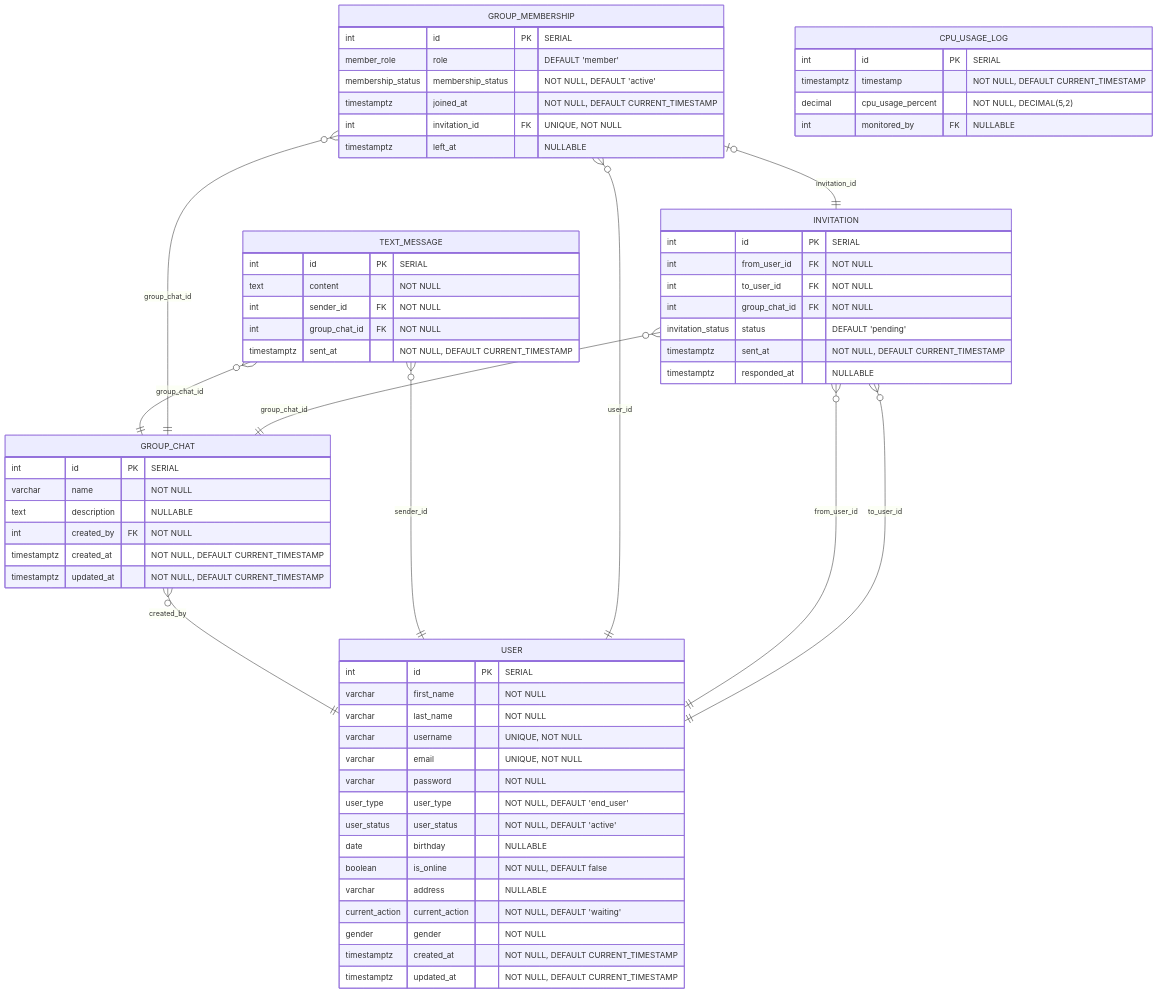
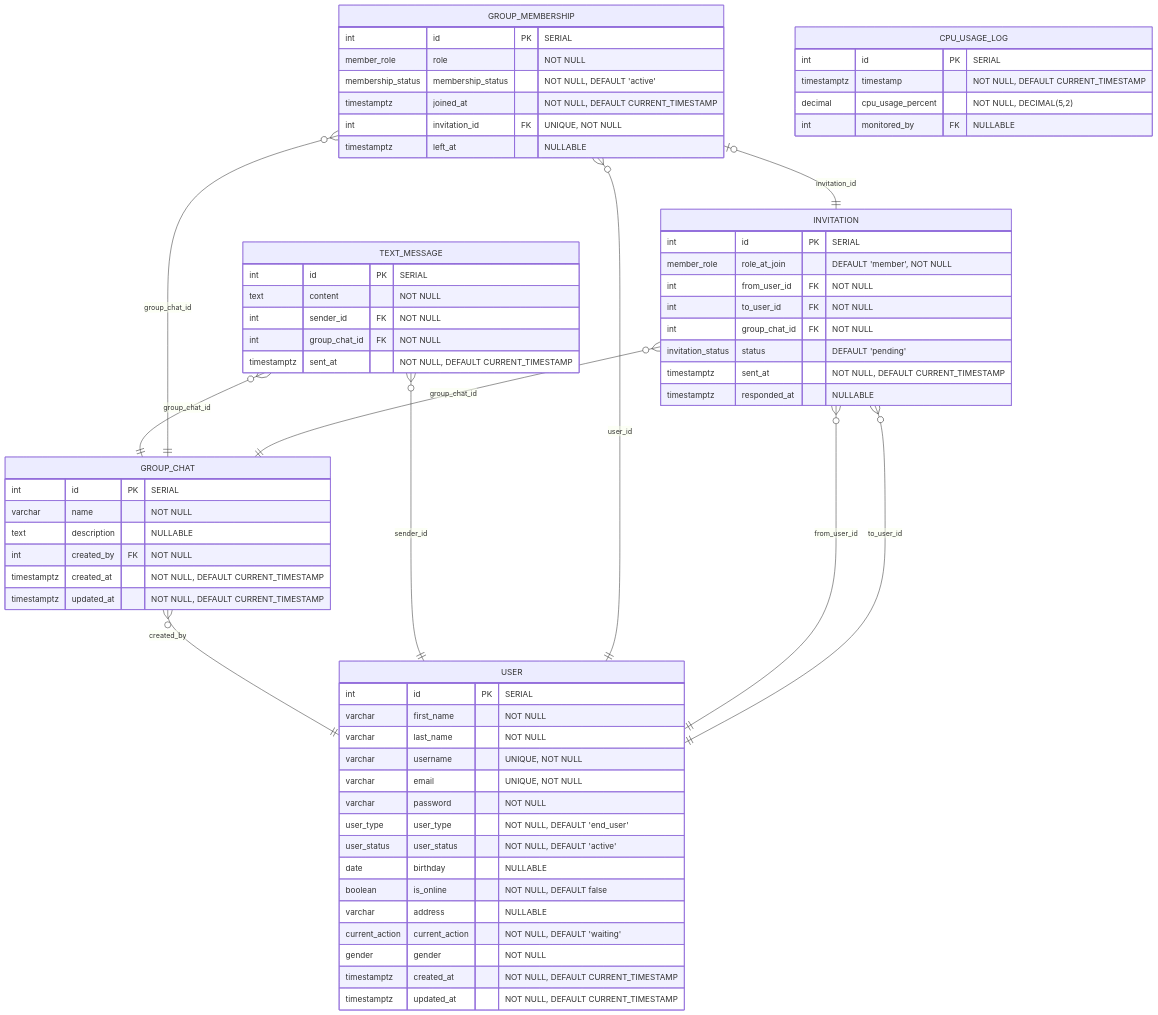
One commit to Enric0-Balb0/ruggine-chat changed the diagram in doc/database.md. Above: the diagram before and after it, drawn with Mermaid. The commit also changed 24 other files, not shown here.

````diff
--- a/doc/database.md
+++ b/doc/database.md
@@ -3,81 +3,82 @@
 ```mermaid
 erDiagram
     %% User Entity
     USER {
         int id PK "SERIAL"
         varchar first_name "NOT NULL"
         varchar last_name "NOT NULL"
         varchar username "UNIQUE, NOT NULL"
         varchar email "UNIQUE, NOT NULL"
         varchar password "NOT NULL"
         user_type user_type "NOT NULL, DEFAULT 'end_user'"
         user_status user_status "NOT NULL, DEFAULT 'active'"
         date birthday "NULLABLE"
         boolean is_online "NOT NULL, DEFAULT false"
         varchar address "NULLABLE"
         current_action current_action "NOT NULL, DEFAULT 'waiting'"
         gender gender "NOT NULL"
         timestamptz created_at "NOT NULL, DEFAULT CURRENT_TIMESTAMP"
         timestamptz updated_at "NOT NULL, DEFAULT CURRENT_TIMESTAMP"
     }
 
     %% GroupChat Entity
     GROUP_CHAT {
         int id PK "SERIAL"
         varchar name "NOT NULL"
         text description "NULLABLE"
         int created_by FK "NOT NULL"
         timestamptz created_at "NOT NULL, DEFAULT CURRENT_TIMESTAMP"
         timestamptz updated_at "NOT NULL, DEFAULT CURRENT_TIMESTAMP"
     }
 
     %% Message Entity
     TEXT_MESSAGE {
         int id PK "SERIAL"
         text content "NOT NULL"
         int sender_id FK "NOT NULL"
         int group_chat_id FK "NOT NULL"
         timestamptz sent_at "NOT NULL, DEFAULT CURRENT_TIMESTAMP"
     }
 
     %% GroupMembership Entity
     GROUP_MEMBERSHIP {
         int id PK "SERIAL"
-        member_role role "DEFAULT 'member'"
+        member_role role "NOT NULL"
         membership_status membership_status "NOT NULL, DEFAULT 'active'"
         timestamptz joined_at "NOT NULL, DEFAULT CURRENT_TIMESTAMP"
         int invitation_id FK "UNIQUE, NOT NULL"
         timestamptz left_at "NULLABLE"
     }
 
     %% Invitation Entity
     INVITATION {
         int id PK "SERIAL"
+        member_role role_at_join "DEFAULT 'member', NOT NULL"
         int from_user_id FK "NOT NULL"
         int to_user_id FK "NOT NULL"
         int group_chat_id FK "NOT NULL"
         invitation_status status "DEFAULT 'pending'"
         timestamptz sent_at "NOT NULL, DEFAULT CURRENT_TIMESTAMP"
         timestamptz responded_at "NULLABLE"
     }
 
     %% CPUUsageLog Entity
     CPU_USAGE_LOG {
         int id PK "SERIAL"
         timestamptz timestamp "NOT NULL, DEFAULT CURRENT_TIMESTAMP"
         decimal cpu_usage_percent "NOT NULL, DECIMAL(5,2)"
         int monitored_by FK "NULLABLE"
     }
 
 
     %% Foreign Key Constraints
     GROUP_CHAT }o--|| USER : "created_by"
     TEXT_MESSAGE }o--|| USER : "sender_id"
     TEXT_MESSAGE }o--|| GROUP_CHAT : "group_chat_id"
     GROUP_MEMBERSHIP }o--|| USER : "user_id"
     GROUP_MEMBERSHIP }o--|| GROUP_CHAT : "group_chat_id"
     GROUP_MEMBERSHIP o|--|| INVITATION : "invitation_id"
     INVITATION }o--|| USER : "from_user_id"
     INVITATION }o--|| USER : "to_user_id"
     INVITATION }o--|| GROUP_CHAT : "group_chat_id"
 ```
````
